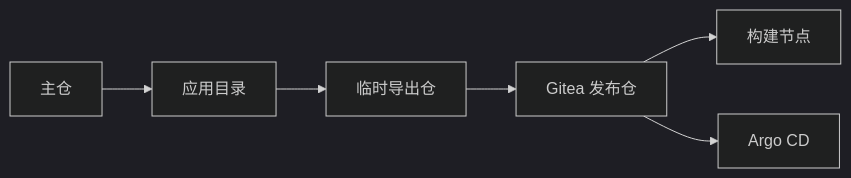
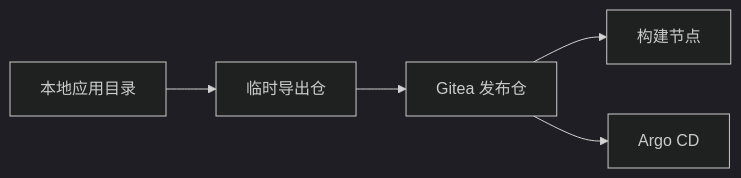
The diagram in k8s/06-gitops-and-automation/docs/03_gitea_setup_and_repo_bootstrap.md (hwang-protocol/docker_k8s_2026), drawn with Mermaid (dark theme) before and after one commit. The commit also changed other lines of this file and 7 other files, not shown here.

````diff
--- a/k8s/06-gitops-and-automation/docs/03_gitea_setup_and_repo_bootstrap.md
+++ b/k8s/06-gitops-and-automation/docs/03_gitea_setup_and_repo_bootstrap.md
@@ -53,15 +54,13 @@
 ```mermaid
 flowchart LR
-  mainRepo[主仓]
-  appDir[应用目录]
+  appDir[本地应用目录]
   tempRepo[临时导出仓]
   giteaRepo[Gitea 发布仓]
   buildNode[构建节点]
   argocd[Argo CD]
 
-  mainRepo --> appDir
   appDir --> tempRepo
   tempRepo --> giteaRepo
   giteaRepo --> buildNode
   giteaRepo --> argocd
 ```
````
